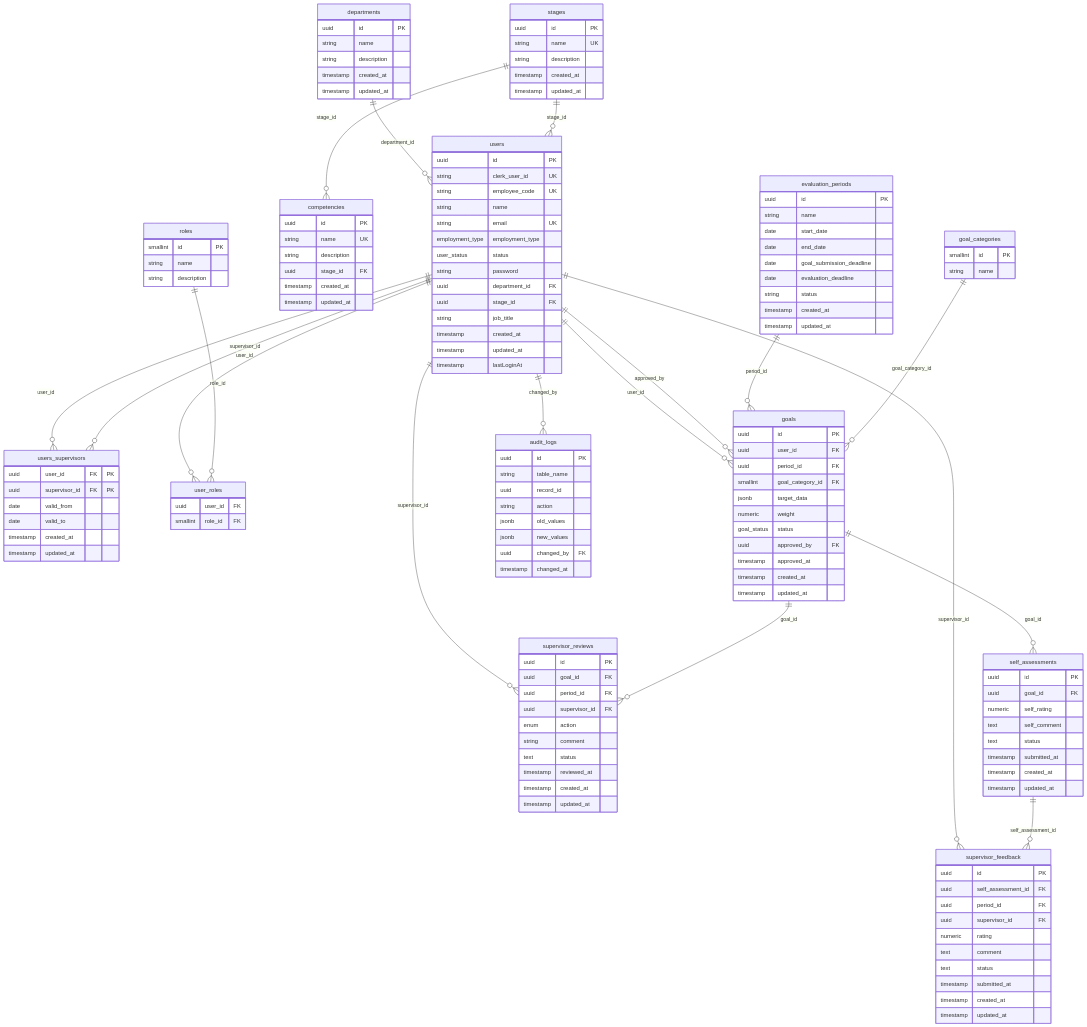
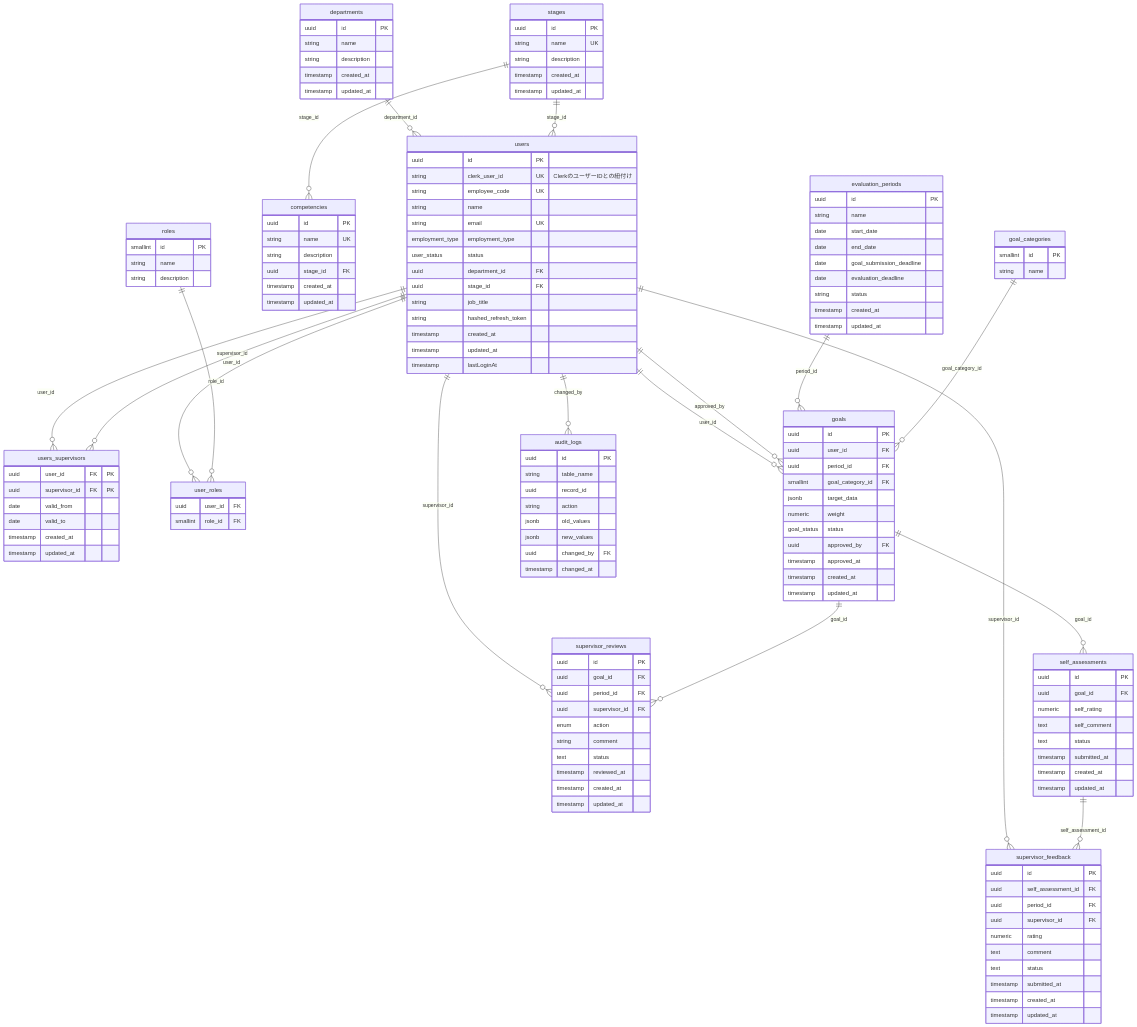
The diagram in docs/db_entity.md (shintairiku/evaluation-system), drawn with Mermaid before and after one commit.

Commit message:
docs `db_entity`: セッション管理用のリフレッシュトークン（ハッシュ化）の追加、パスワード削除

```diff
--- a/docs/db_entity.md
+++ b/docs/db_entity.md
@@ -3,16 +3,16 @@
     %% ユーザー関連
     users {
         uuid id PK
-        string clerk_user_id UK
+        string clerk_user_id UK "ClerkのユーザーIDとの紐付け"
         string employee_code UK
         string name
         string email UK
         employment_type employment_type
         user_status status
-        string password
         uuid department_id FK
         uuid stage_id FK
         string job_title
+        string hashed_refresh_token
         timestamp created_at
         timestamp updated_at
         timestamp lastLoginAt
```
